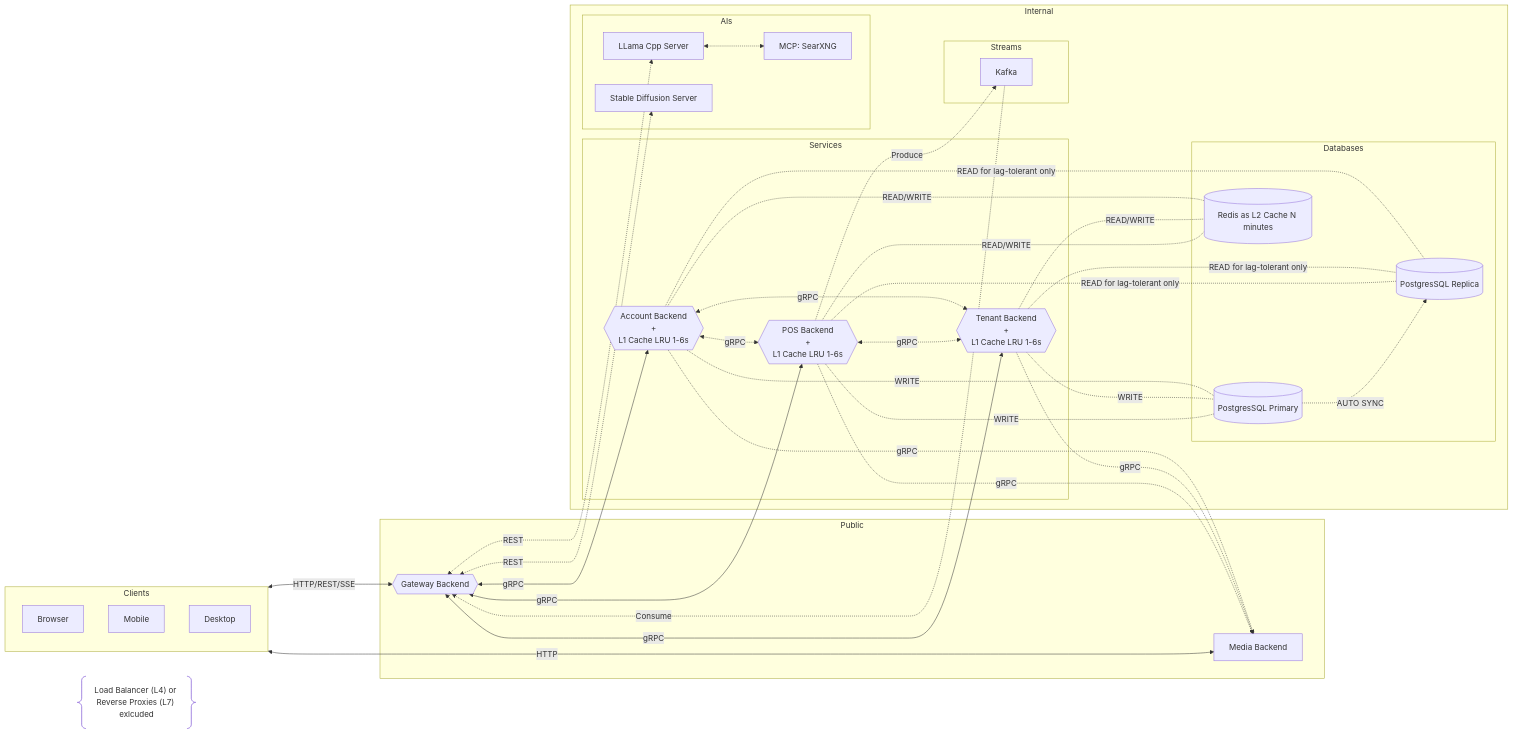
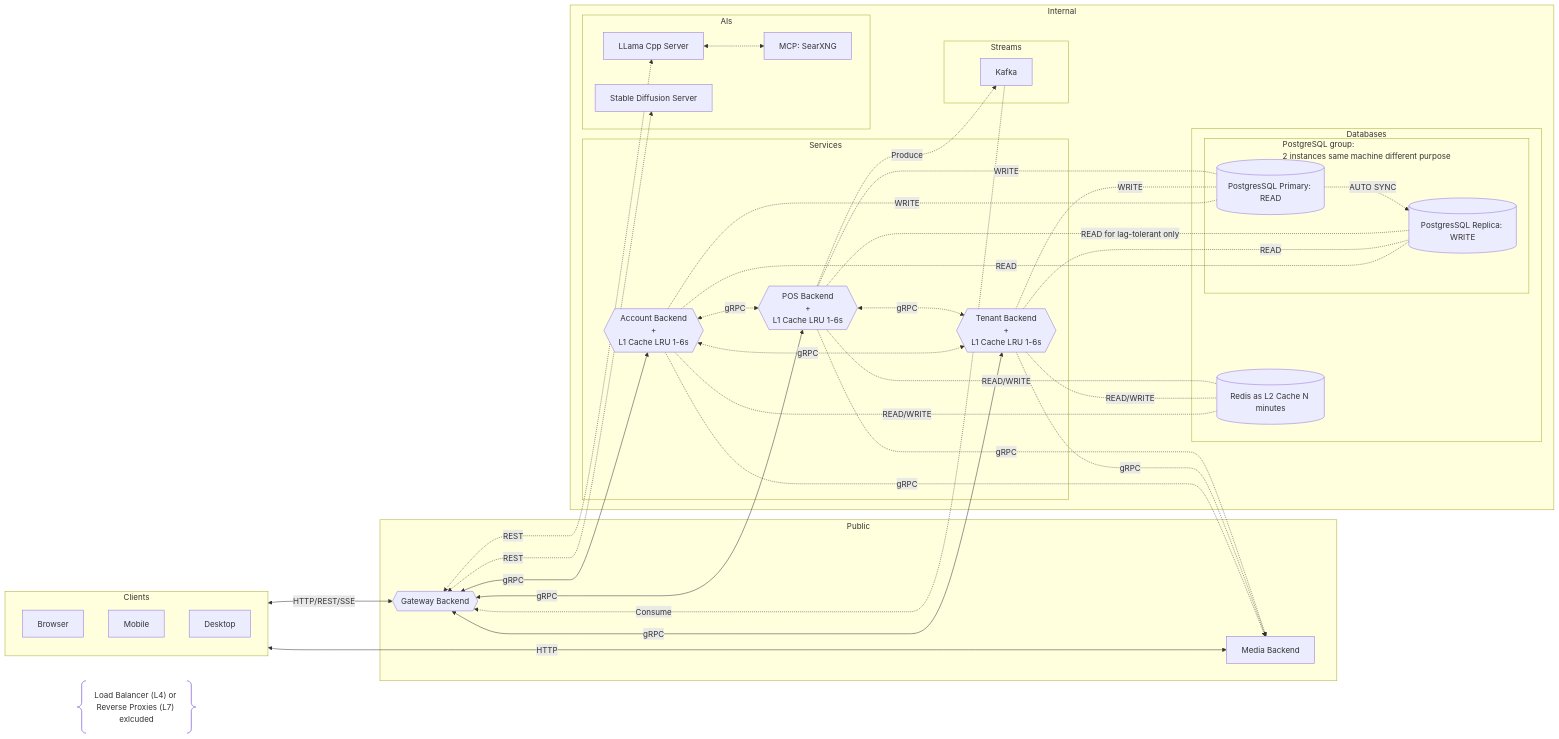
Before and after one commit to prothegee/fnbposai: the first of 2 diagrams in README.md, drawn with Mermaid.

Commit message:
chore: edit pg grouping instance

```diff
--- a/README.md
+++ b/README.md
@@ -292,8 +292,8 @@
         +
         L1 Cache LRU 1-6s"}}
 
-    PostgresPrimary[("PostgresSQL Primary")]
-    PostgresReplica[("PostgresSQL Replica")]
+    PostgresPrimary[("PostgresSQL Primary: READ")]
+    PostgresReplica[("PostgresSQL Replica: WRITE")]
     Redis[("Redis as L2 Cache N minutes")]
 
     Kafka["Kafka"]
@@ -316,9 +316,14 @@
         POS
     end
 
-    subgraph Databases["Databases"]
+    subgraph PgGRPC["PostgreSQL group:
+    2 instances same machine different purpose"]
         PostgresPrimary
         PostgresReplica
+    end
+
+    subgraph Databases["Databases"]
+        PgGRPC
         Redis
     end
 
@@ -340,6 +345,7 @@
 
     subgraph Internal["Internal"]
         Services
+        PgGRPC
         Databases
         Streams
         AIs
@@ -356,12 +362,12 @@
     Gateway <-.-> |"REST"| LlamaCppServer
     Gateway <-.-> |"REST"| StableDiffusionServer
 
-    Account -.- |"READ for lag-tolerant only"| PostgresReplica
+    Account -.- |"READ"| PostgresReplica
     Account -.- |"WRITE"| PostgresPrimary
     Account -.- |"READ/WRITE"| Redis
     Account -.-> |"gRPC"| Media
 
-    Tenant -.- |"READ for lag-tolerant only"| PostgresReplica
+    Tenant -.- |"READ"| PostgresReplica
     Tenant -.- |"WRITE"| PostgresPrimary
     Tenant -.- |"READ/WRITE"| Redis
     Tenant -.-> |"gRPC"| Media
```
